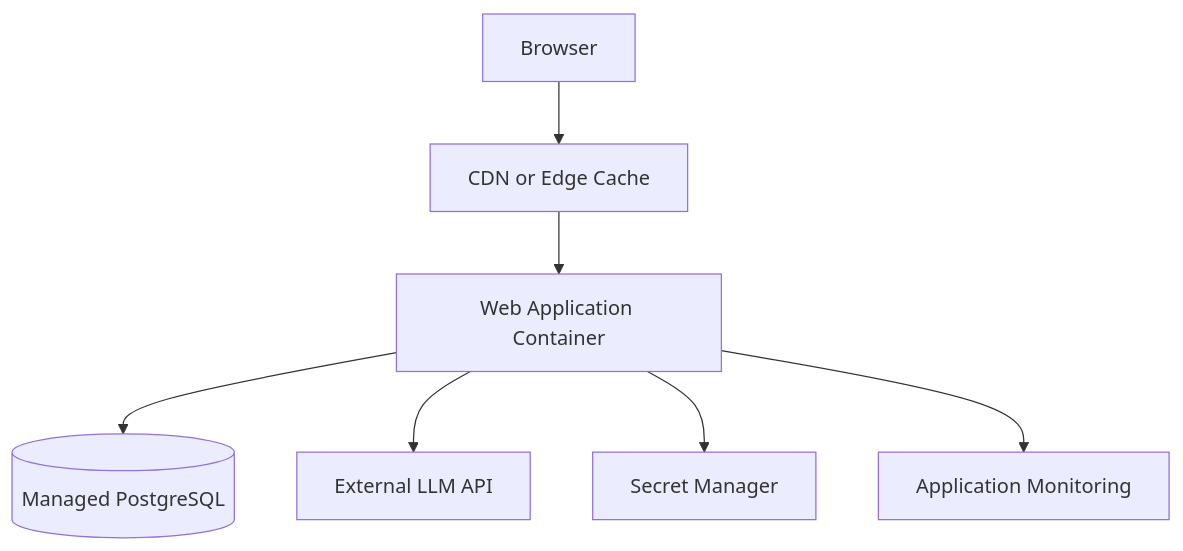
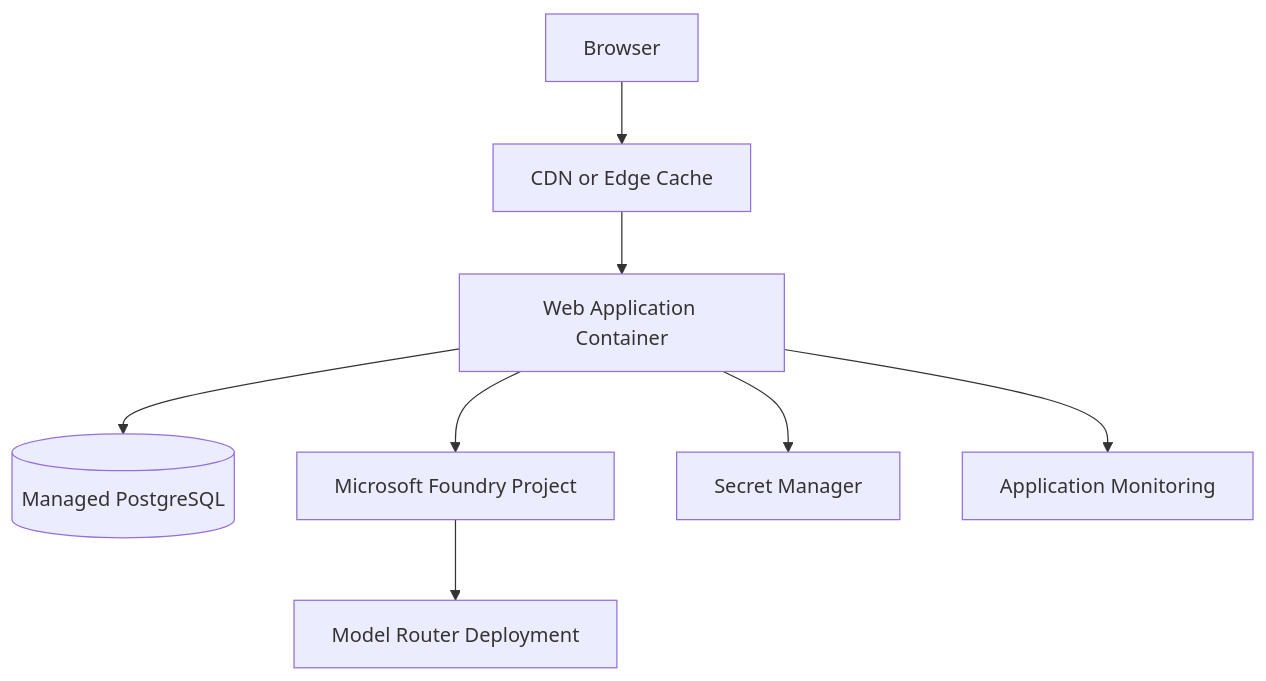
One commit to ksj029592-lab/Decision_Lab changed the third of 3 diagrams in ARCHITECTURE.md. Above: the diagram before and after it, drawn with Mermaid. The commit also changed other lines of this file and 2 other files, not shown here.

Commit message:
Document Azure Foundry model router integration

````diff
--- a/ARCHITECTURE.md
+++ b/ARCHITECTURE.md
@@ -172,17 +185,19 @@
 ```mermaid
 flowchart TB
     User[Browser]
     CDN[CDN or Edge Cache]
     App[Web Application Container]
     DB[(Managed PostgreSQL)]
-    LLM[External LLM API]
+    Foundry[Microsoft Foundry Project]
+    Router[Model Router Deployment]
     Secrets[Secret Manager]
     Monitor[Application Monitoring]
 
     User --> CDN
     CDN --> App
     App --> DB
-    App --> LLM
+    App --> Foundry
+    Foundry --> Router
     App --> Secrets
     App --> Monitor
 ```
````
